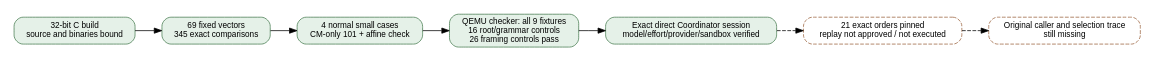
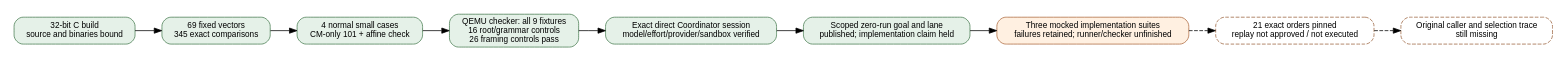
The diagram in research/nist_seed_ecpp_compat_20261024/admission.dot (aburan28/crypto-autoresearcher), drawn with Graphviz before and after one commit. The commit also changed 37 other files, not shown here.

First line of the commit message:
Preserve failed mock suites and authorize scoped implementation repair

```diff
--- a/research/nist_seed_ecpp_compat_20261024/admission.dot
+++ b/research/nist_seed_ecpp_compat_20261024/admission.dot
@@ -1,13 +1,15 @@
 digraph Admission {
   graph [rankdir=LR,bgcolor="white",fontname="Helvetica",pad="0.15"];
   node [shape=box,style="rounded,filled",fillcolor="#e5f1e8",color="#457a4e",fontname="Helvetica",fontsize=11];
   build [label="32-bit C build\nsource and binaries bound"];
   arithmetic [label="69 fixed vectors\n345 exact comparisons"];
   small [label="4 normal small cases\nCM-only 101 + affine check"];
   checker [label="QEMU checker: all 9 fixtures\n16 root/grammar controls\n26 framing controls pass",fillcolor="#e5f1e8",color="#457a4e"];
   coordinator [label="Exact direct Coordinator session\nmodel/effort/provider/sandbox verified"];
+  lane [label="Scoped zero-run goal and lane\npublished; implementation claim held"];
+  implementation [label="Three mocked implementation suites\nfailures retained; runner/checker unfinished",fillcolor="#fff0e1",color="#ac683b"];
   cohort [label="21 exact orders pinned\nreplay not approved / not executed",style="rounded,dashed",fillcolor="white",color="#99613c"];
   history [label="Original caller and selection trace\nstill missing",style="rounded,dashed",fillcolor="white",color="#99613c"];
   build -> arithmetic; arithmetic -> small; small -> checker;
-  checker -> coordinator; coordinator -> cohort [style=dashed];cohort -> history [style=dashed];
+  checker -> coordinator; coordinator -> lane; lane -> implementation; implementation -> cohort [style=dashed];cohort -> history [style=dashed];
 }
```
